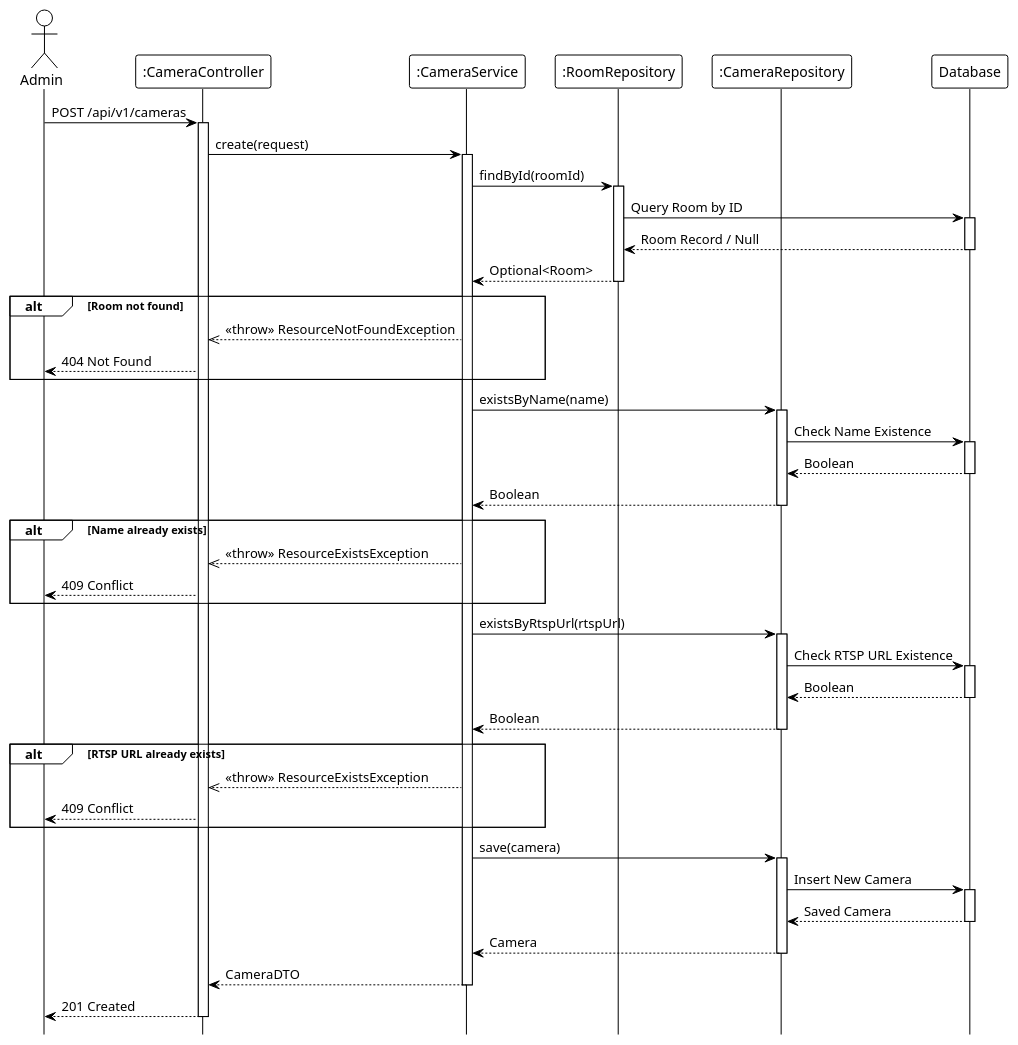
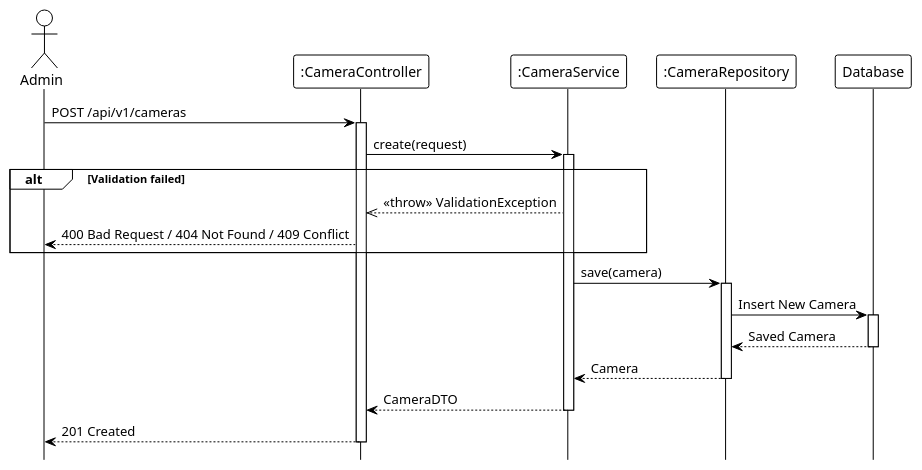
One commit to Ndh474/context changed the diagram in system_detailed_design/63_create_camera/sequence_diagram_create_camera.puml. Above: the diagram before and after it, drawn with PlantUML. The commit also changed 14 other files, not shown here.

```diff
--- a/system_detailed_design/63_create_camera/sequence_diagram_create_camera.puml
+++ b/system_detailed_design/63_create_camera/sequence_diagram_create_camera.puml
@@ -1,87 +1,42 @@
 @startuml create_camera
 !theme plain
 hide footbox
 
 actor Admin
 participant ":CameraController" as Controller
 participant ":CameraService" as Service
-participant ":RoomRepository" as RoomRepo
-participant ":CameraRepository" as CameraRepo
+participant ":CameraRepository" as Repository
 participant "Database" as DB
 
 ' --- MAIN FLOW ---
 Admin -> Controller: POST /api/v1/cameras
 activate Controller
 
 Controller -> Service: create(request)
 activate Service
 
-' --- VALIDATE ROOM ---
-Service -> RoomRepo: findById(roomId)
-activate RoomRepo
+' Validation logic (internal: room validation, name/RTSP URL uniqueness)
 
-RoomRepo -> DB: Query Room by ID
+alt Validation failed
+    Service -->> Controller: <<throw>> ValidationException
+    Controller --> Admin: 400 Bad Request / 404 Not Found / 409 Conflict
+end
+
+Service -> Repository: save(camera)
+activate Repository
+
+Repository -> DB: Insert New Camera
 activate DB
-DB --> RoomRepo: Room Record / Null
+DB --> Repository: Saved Camera
 deactivate DB
 
-RoomRepo --> Service: Optional<Room>
-deactivate RoomRepo
-
-alt Room not found
-    Service -->> Controller: <<throw>> ResourceNotFoundException
-    Controller --> Admin: 404 Not Found
-end
-
-' --- VALIDATION LOGIC ---
-Service -> CameraRepo: existsByName(name)
-activate CameraRepo
-
-CameraRepo -> DB: Check Name Existence
-activate DB
-DB --> CameraRepo: Boolean
-deactivate DB
-
-CameraRepo --> Service: Boolean
-deactivate CameraRepo
-
-alt Name already exists
-    Service -->> Controller: <<throw>> ResourceExistsException
-    Controller --> Admin: 409 Conflict
-end
-
-Service -> CameraRepo: existsByRtspUrl(rtspUrl)
-activate CameraRepo
-
-CameraRepo -> DB: Check RTSP URL Existence
-activate DB
-DB --> CameraRepo: Boolean
-deactivate DB
-
-CameraRepo --> Service: Boolean
-deactivate CameraRepo
-
-alt RTSP URL already exists
-    Service -->> Controller: <<throw>> ResourceExistsException
-    Controller --> Admin: 409 Conflict
-end
-
-' --- SAVE TO DATABASE ---
-Service -> CameraRepo: save(camera)
-activate CameraRepo
-
-CameraRepo -> DB: Insert New Camera
-activate DB
-DB --> CameraRepo: Saved Camera
-deactivate DB
-
-CameraRepo --> Service: Camera
-deactivate CameraRepo
+Repository --> Service: Camera
+deactivate Repository
 
 Service --> Controller: CameraDTO
 deactivate Service
 
 Controller --> Admin: 201 Created
 deactivate Controller
 
 @enduml
```
